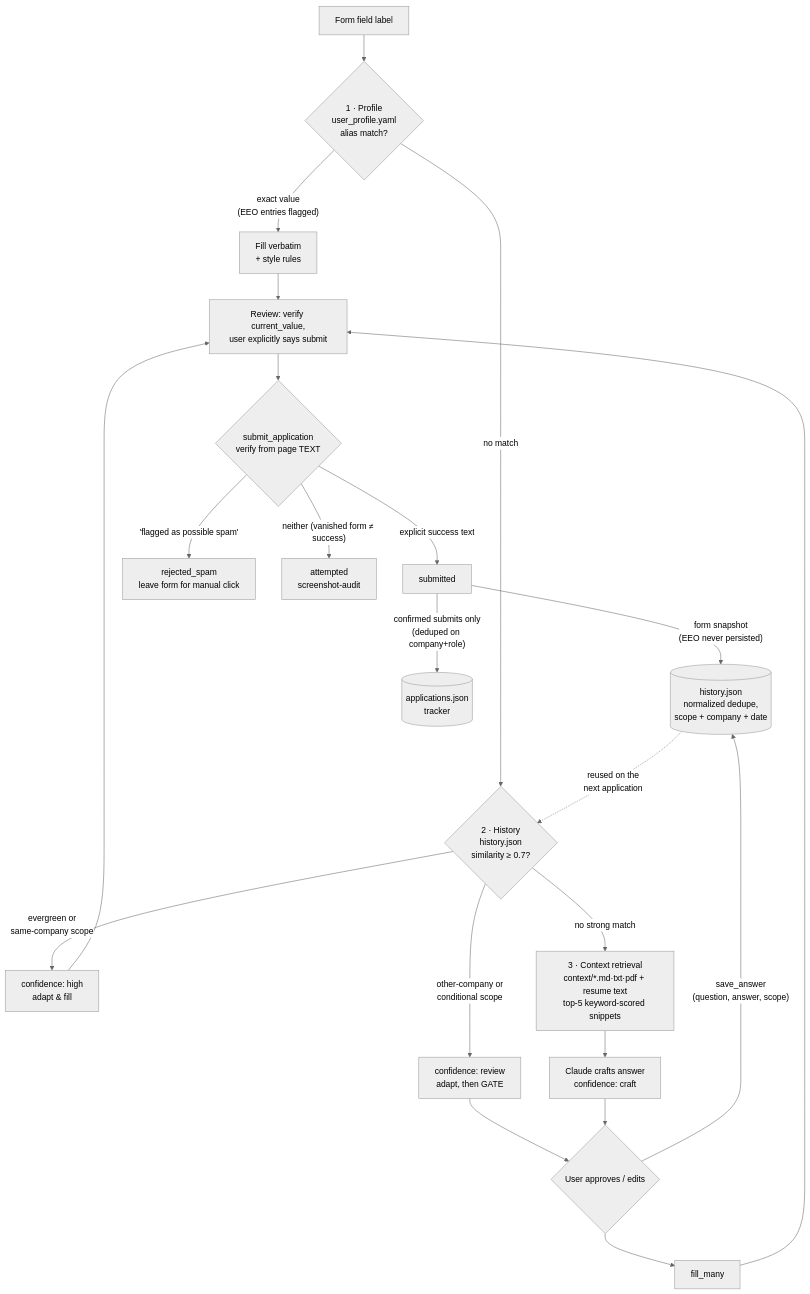
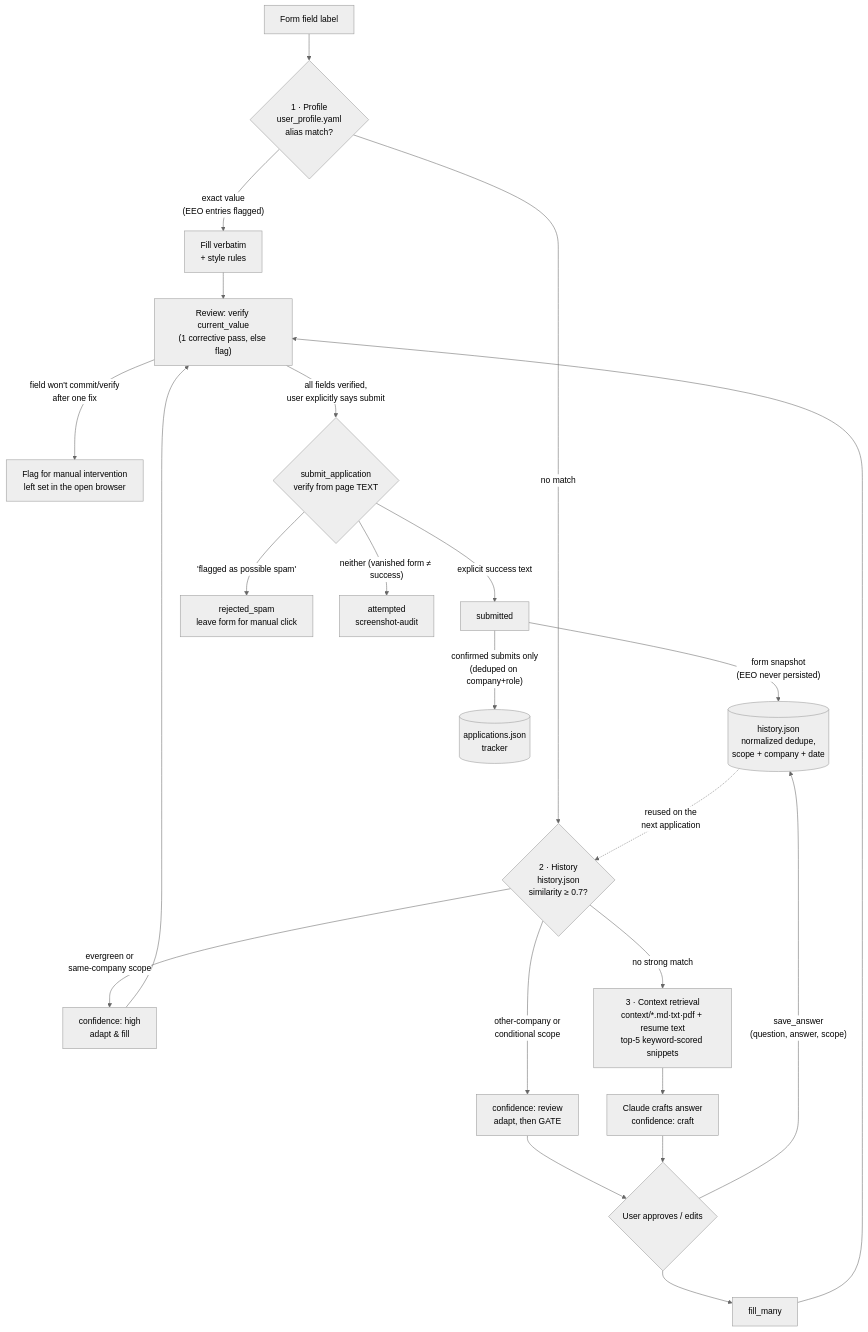
The second of 3 diagrams in README.md (sbhaskaran0/job-applier), drawn with Mermaid (neutral theme) before and after one commit. The commit also changed 3 other files, not shown here.

First line of the commit message:
feat(apply): flag wrong/uncommitted fields for manual intervention instead of fighting the widget (JOB-37)

````diff
--- a/README.md
+++ b/README.md
@@ -84,30 +84,31 @@
 ```mermaid
 flowchart TD
     F["Form field label"] --> P{"1 · Profile<br/>user_profile.yaml<br/>alias match?"}
 
     P -- "exact value<br/>(EEO entries flagged)" --> PV["Fill verbatim<br/>+ style rules"]
     P -- "no match" --> H{"2 · History<br/>history.json<br/>similarity ≥ 0.7?"}
 
     H -- "evergreen or<br/>same-company scope" --> HH["confidence: high<br/>adapt & fill"]
     H -- "other-company or<br/>conditional scope" --> HR["confidence: review<br/>adapt, then GATE"]
     H -- "no strong match" --> C["3 · Context retrieval<br/>context/*.md·txt·pdf + resume text<br/>top-5 keyword-scored snippets"]
 
     C --> CR["Claude crafts answer<br/>confidence: craft"]
     HR --> U{"User approves / edits"}
     CR --> U
     U --> FM["fill_many"]
     U -- "save_answer<br/>(question, answer, scope)" --> HIST
 
-    PV --> REV["Review: verify current_value,<br/>user explicitly says submit"]
+    PV --> REV["Review: verify current_value<br/>(1 corrective pass, else flag)"]
     HH --> REV
     FM --> REV
 
-    REV --> S{"submit_application<br/>verify from page TEXT"}
+    REV -- "field won't commit/verify<br/>after one fix" --> RF["Flag for manual intervention<br/>left set in the open browser"]
+    REV -- "all fields verified,<br/>user explicitly says submit" --> S{"submit_application<br/>verify from page TEXT"}
     S -- "explicit success text" --> SS["submitted"]
     S -- "'flagged as possible spam'" --> SR["rejected_spam<br/>leave form for manual click"]
     S -- "neither (vanished form ≠ success)" --> SA["attempted<br/>screenshot-audit"]
     SS -- "form snapshot<br/>(EEO never persisted)" --> HIST[("history.json<br/>normalized dedupe,<br/>scope + company + date")]
     SS -- "confirmed submits only<br/>(deduped on company+role)" --> APPS[("applications.json<br/>tracker")]
 
     HIST -. "reused on the<br/>next application" .-> H
 ```
````
